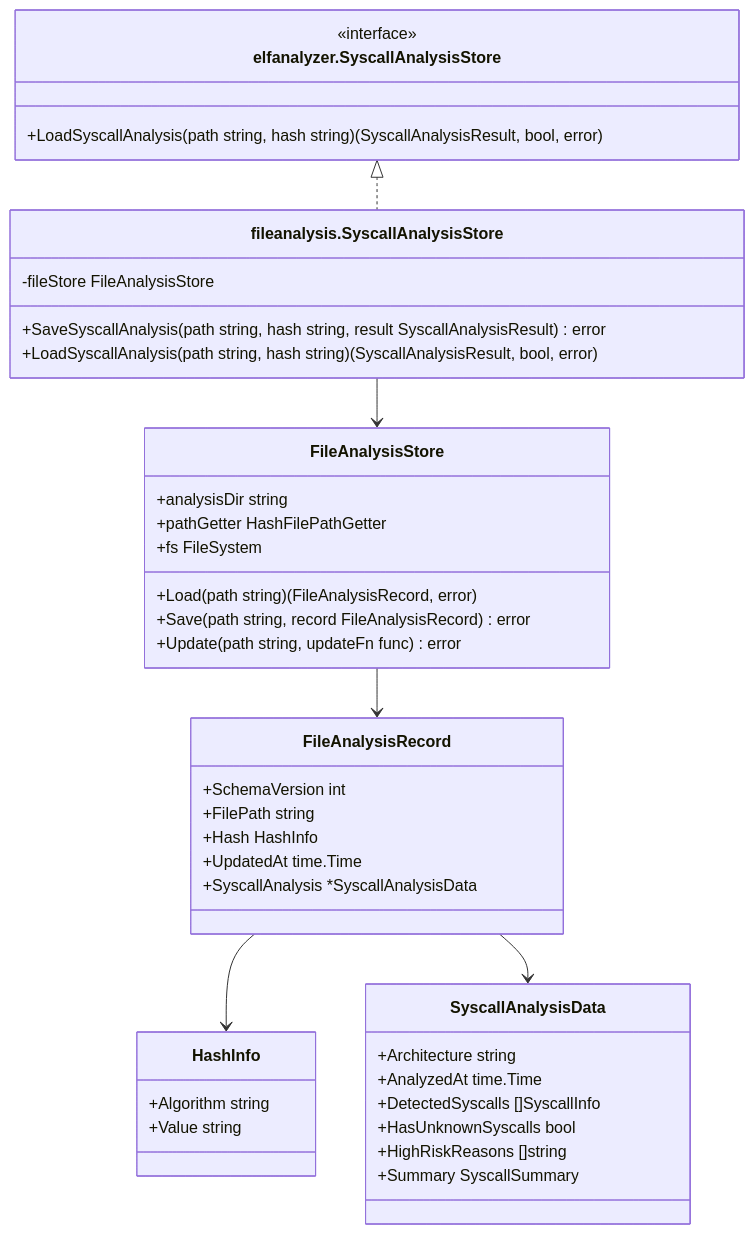
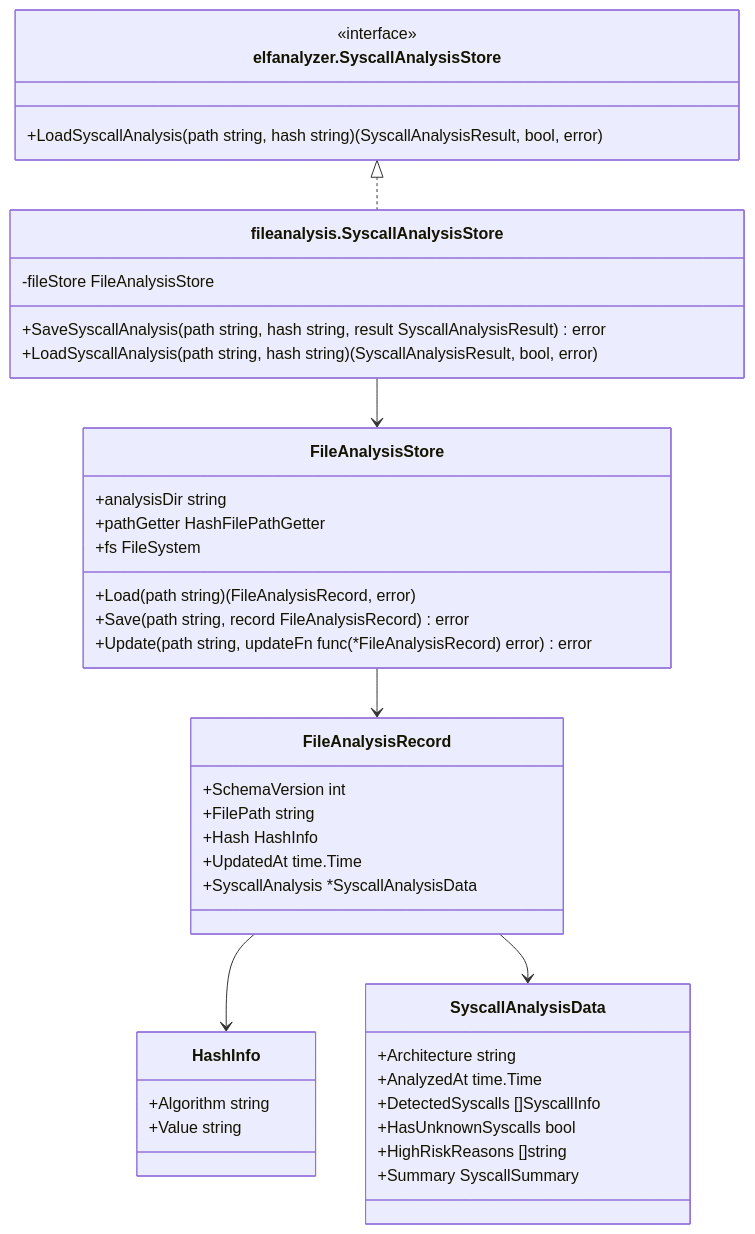
One commit to isseis/go-safe-cmd-runner changed diagram 11 of 18 in docs/tasks/0070_elf_syscall_analysis/02_architecture.md. Above: the diagram before and after it, drawn with Mermaid.

````diff
--- a/docs/tasks/0070_elf_syscall_analysis/02_architecture.md
+++ b/docs/tasks/0070_elf_syscall_analysis/02_architecture.md
@@ -388,50 +388,50 @@
 ```mermaid
 classDiagram
     class elfanalyzer.SyscallAnalysisStore {
         <<interface>>
         +LoadSyscallAnalysis(path string, hash string) (SyscallAnalysisResult, bool, error)
     }
 
     class fileanalysis.SyscallAnalysisStore {
         -fileStore FileAnalysisStore
         +SaveSyscallAnalysis(path string, hash string, result SyscallAnalysisResult) error
         +LoadSyscallAnalysis(path string, hash string) (SyscallAnalysisResult, bool, error)
     }
 
     class FileAnalysisStore {
         +analysisDir string
         +pathGetter HashFilePathGetter
         +fs FileSystem
         +Load(path string) (FileAnalysisRecord, error)
         +Save(path string, record FileAnalysisRecord) error
-        +Update(path string, updateFn func) error
+        +Update(path string, updateFn func(*FileAnalysisRecord) error) error
     }
 
     class FileAnalysisRecord {
         +SchemaVersion int
         +FilePath string
         +Hash HashInfo
         +UpdatedAt time.Time
         +SyscallAnalysis *SyscallAnalysisData
     }
 
     class HashInfo {
         +Algorithm string
         +Value string
     }
 
     class SyscallAnalysisData {
         +Architecture string
         +AnalyzedAt time.Time
         +DetectedSyscalls []SyscallInfo
         +HasUnknownSyscalls bool
         +HighRiskReasons []string
         +Summary SyscallSummary
     }
 
     elfanalyzer.SyscallAnalysisStore <|.. fileanalysis.SyscallAnalysisStore
     fileanalysis.SyscallAnalysisStore --> FileAnalysisStore
     FileAnalysisStore --> FileAnalysisRecord
     FileAnalysisRecord --> HashInfo
     FileAnalysisRecord --> SyscallAnalysisData
 ```
````
